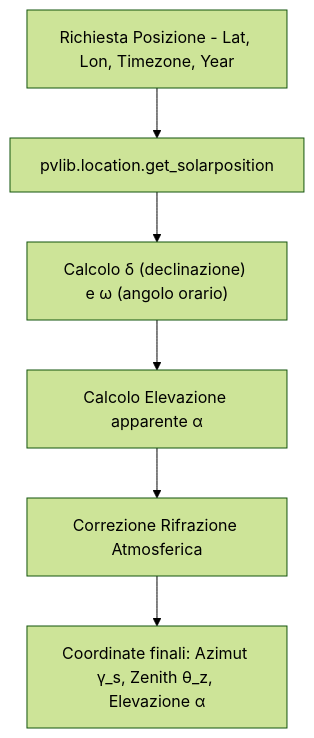
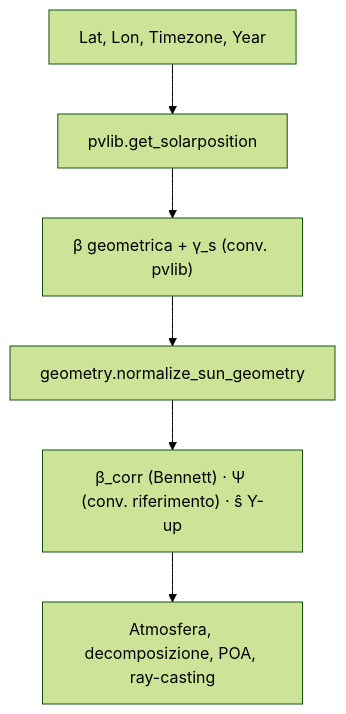
Before and after one commit to lorenzogiovani-sketch/solar-panel-optimizer: the first of 4 diagrams in docs/PHYSICS.md, drawn with Mermaid (forest theme). The commit also changed other lines of this file and 5 other files, not shown here.

````diff
--- a/docs/PHYSICS.md
+++ b/docs/PHYSICS.md
@@ -29,8 +46,8 @@
 ```mermaid
 graph TD
-    A[Richiesta Posizione - Lat, Lon, Timezone, Year] --> B[pvlib.location.get_solarposition]
-    B --> C["Calcolo δ (declinazione) e ω (angolo orario)"]
-    C --> D["Calcolo Elevazione apparente α"]
-    D --> E[Correzione Rifrazione Atmosferica]
-    E --> F["Coordinate finali: Azimut γ_s, Zenith θ_z, Elevazione α"]
+    A[Lat, Lon, Timezone, Year] --> B[pvlib.get_solarposition]
+    B --> C["β geometrica + γ_s (conv. pvlib)"]
+    C --> D[geometry.normalize_sun_geometry]
+    D --> E["β_corr (Bennett) · Ψ (conv. riferimento) · ŝ Y-up"]
+    E --> F[Atmosfera, decomposizione, POA, ray-casting]
 ```
````
